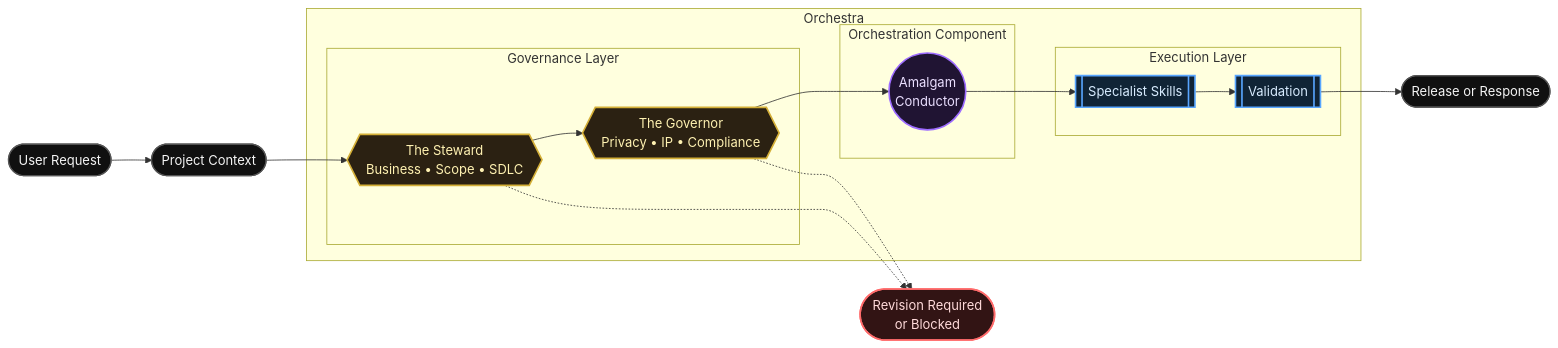
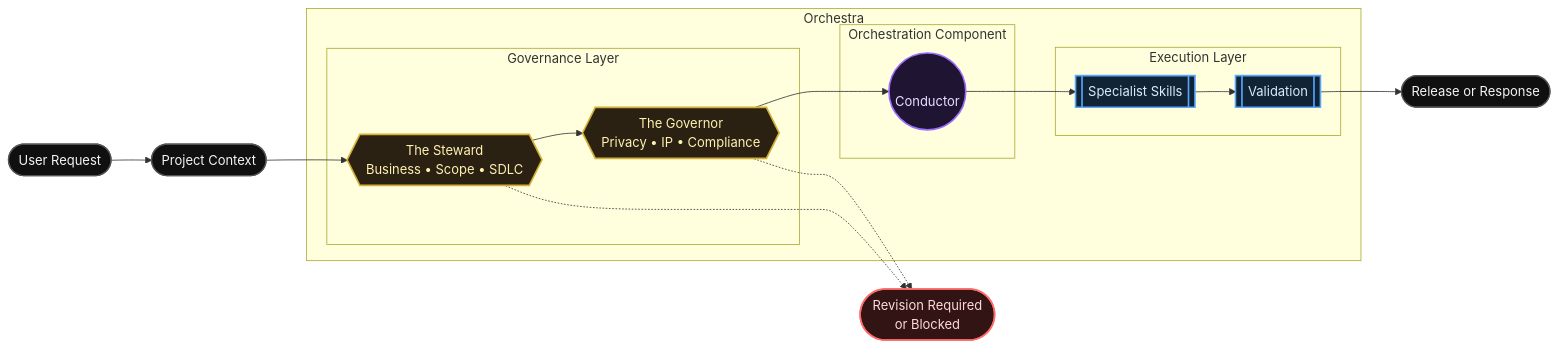
The diagram in README.md (Baelfyre/Amalgamatic-Orchestra), drawn with Mermaid before and after one commit.

Commit message:
Update README.md
rebranding

````diff
--- a/README.md
+++ b/README.md
@@ -33,34 +33,34 @@
 ```mermaid
 flowchart LR
     classDef input fill:#101010,stroke:#555,color:#f5f5f5,stroke-width:1.5px
     classDef gov fill:#2b2112,stroke:#d4af37,color:#fff2b2,stroke-width:2px
     classDef orch fill:#201433,stroke:#9d6cff,color:#eadfff,stroke-width:2px
     classDef exec fill:#102436,stroke:#58a6ff,color:#d8ecff,stroke-width:2px
     classDef stop fill:#321414,stroke:#ff6b6b,color:#ffdada,stroke-width:2px
 
     Request([User Request]):::input
     Context([Project Context]):::input
 
     subgraph Orchestra[Orchestra]
       subgraph G[Governance Layer]
         Steward{{The Steward<br/>Business • Scope • SDLC}}:::gov
         Governor{{The Governor<br/>Privacy • IP • Compliance}}:::gov
       end
 
       subgraph O[Orchestration Component]
-        Conductor((Amalgam<br/>Conductor)):::orch
+        Conductor((<br/>Conductor)):::orch
       end
 
       subgraph E[Execution Layer]
         Skills[[Specialist Skills]]:::exec
         Validate[[Validation]]:::exec
       end
     end
 
     Output([Release or Response]):::input
     Revision([Revision Required<br/>or Blocked]):::stop
 
     Request --> Context --> Steward --> Governor --> Conductor --> Skills --> Validate --> Output
     Steward -.-> Revision
     Governor -.-> Revision
 ```
````
